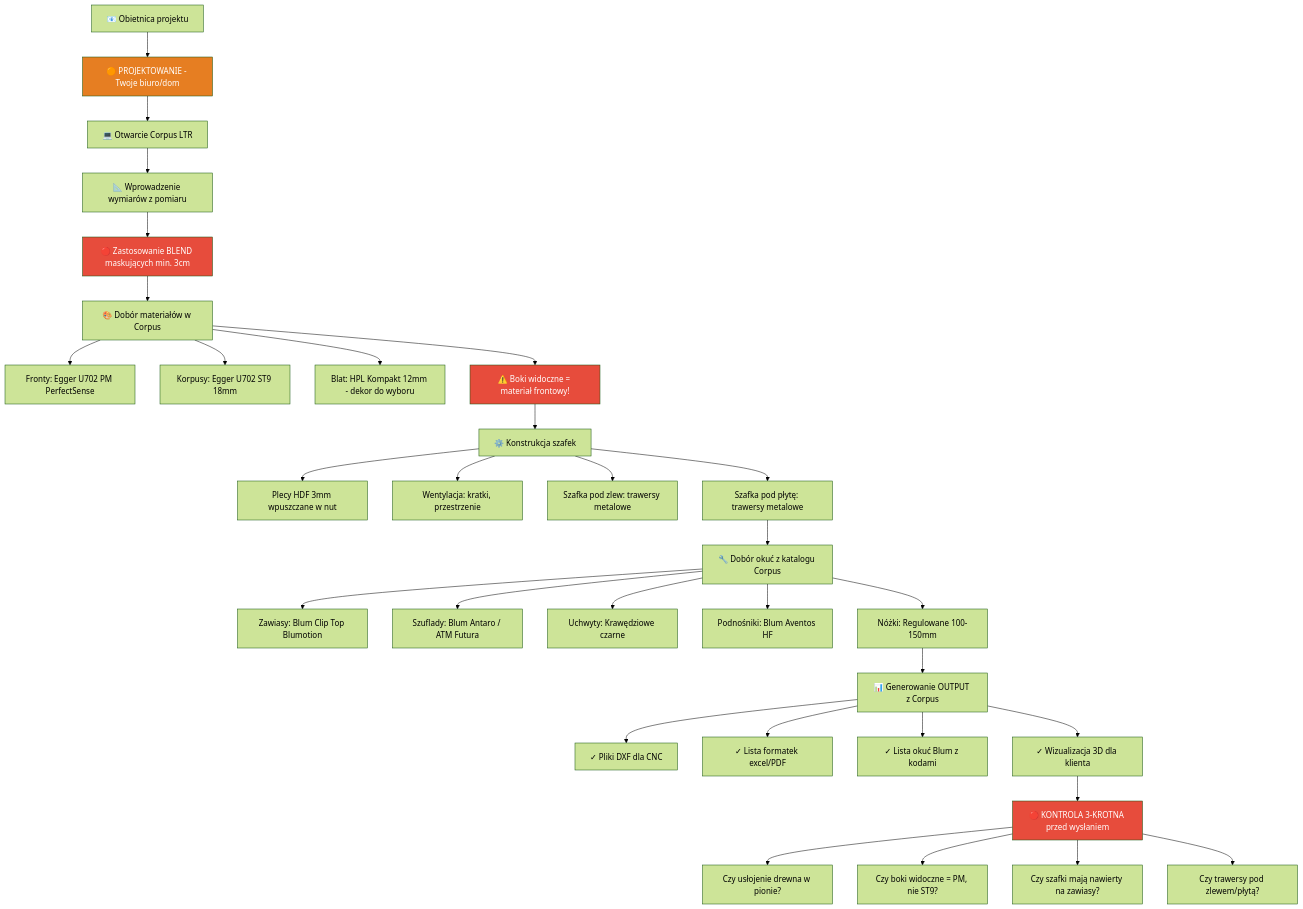
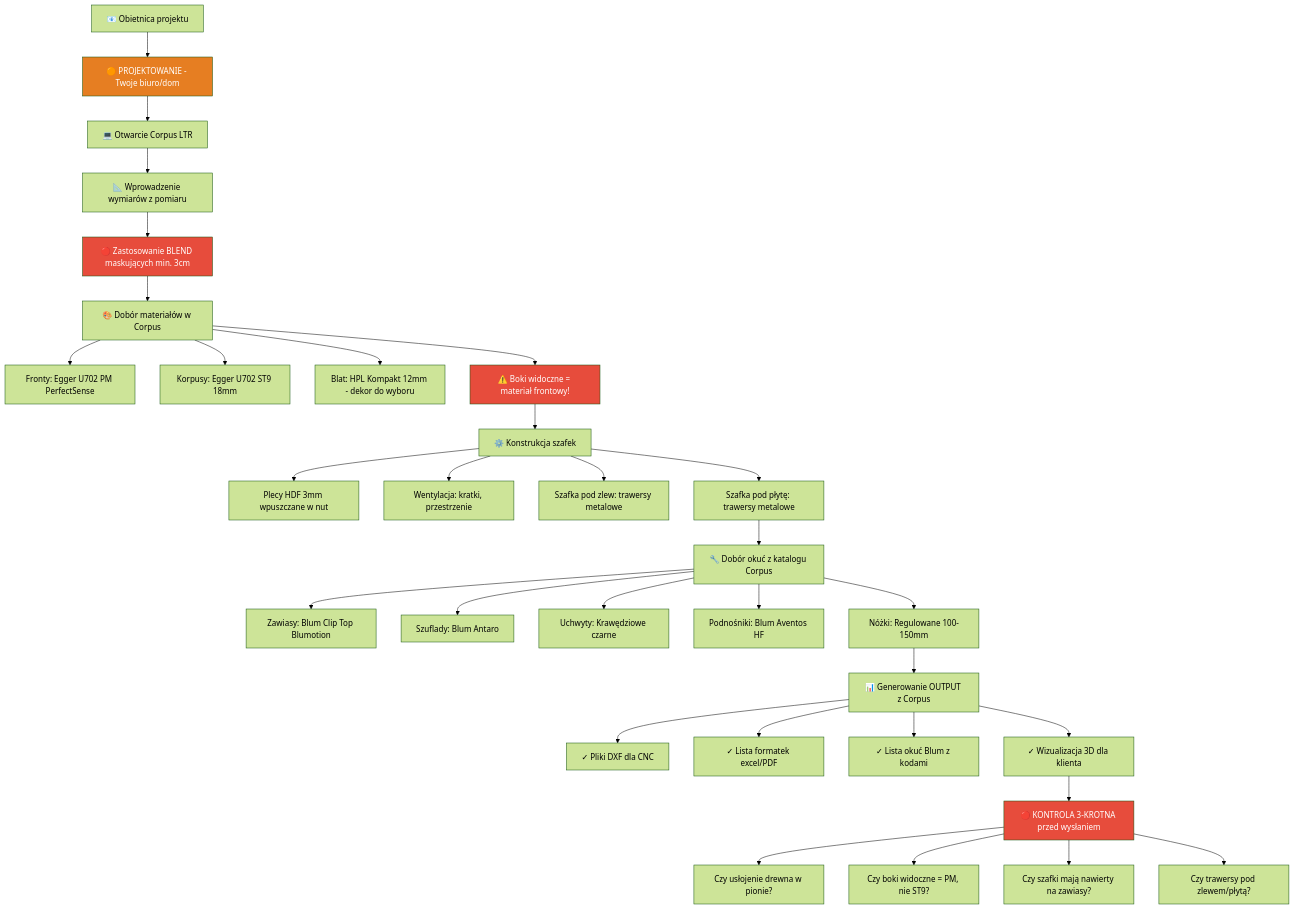
One commit to m1981/kuchnie changed the third of 10 diagrams in FLOWCHART_Proces_Kompletny.md. Above: the diagram before and after it, drawn with Mermaid (forest theme). The commit also changed other lines of this file and 3 other files, not shown here.

````diff
--- a/FLOWCHART_Proces_Kompletny.md
+++ b/FLOWCHART_Proces_Kompletny.md
@@ -92,44 +96,44 @@
 ```mermaid
 flowchart TD
     L[📧 Obietnica projektu] --> M[🟠 PROJEKTOWANIE - Twoje biuro/dom]
-    
+
     M --> M1[💻 Otwarcie Corpus LTR]
     M1 --> M2[📐 Wprowadzenie wymiarów z pomiaru]
     M2 --> M3[🔴 Zastosowanie BLEND maskujących min. 3cm]
-    
+
     M3 --> N[🎨 Dobór materiałów w Corpus]
     N --> N1[Fronty: Egger U702 PM PerfectSense]
     N --> N2[Korpusy: Egger U702 ST9 18mm]
     N --> N3[Blat: HPL Kompakt 12mm - dekor do wyboru]
     N --> N4[⚠️ Boki widoczne = materiał frontowy!]
-    
+
     N4 --> O[⚙️ Konstrukcja szafek]
     O --> O1[Plecy HDF 3mm wpuszczane w nut]
     O --> O2[Wentylacja: kratki, przestrzenie]
     O --> O3[Szafka pod zlew: trawersy metalowe]
     O --> O4[Szafka pod płytę: trawersy metalowe]
-    
+
     O4 --> P[🔧 Dobór okuć z katalogu Corpus]
     P --> P1[Zawiasy: Blum Clip Top Blumotion]
-    P --> P2[Szuflady: Blum Antaro / ATM Futura]
+    P --> P2[Szuflady: Blum Antaro]
     P --> P3[Uchwyty: Krawędziowe czarne]
     P --> P4[Podnośniki: Blum Aventos HF]
     P --> P5[Nóżki: Regulowane 100-150mm]
-    
+
     P5 --> Q[📊 Generowanie OUTPUT z Corpus]
     Q --> Q1[✓ Pliki DXF dla CNC]
     Q --> Q2[✓ Lista formatek excel/PDF]
     Q --> Q3[✓ Lista okuć Blum z kodami]
     Q --> Q4[✓ Wizualizacja 3D dla klienta]
-    
+
     Q4 --> R[🔴 KONTROLA 3-KROTNA przed wysłaniem]
     R --> R1[Czy usłojenie drewna w pionie?]
     R --> R2[Czy boki widoczne = PM, nie ST9?]
     R --> R3[Czy szafki mają nawierty na zawiasy?]
     R --> R4[Czy trawersy pod zlewem/płytą?]
-    
+
     style M fill:#E67E22,color:#fff
     style M3 fill:#E74C3C,color:#fff
     style N4 fill:#E74C3C,color:#fff
     style R fill:#E74C3C,color:#fff
 ```
````
